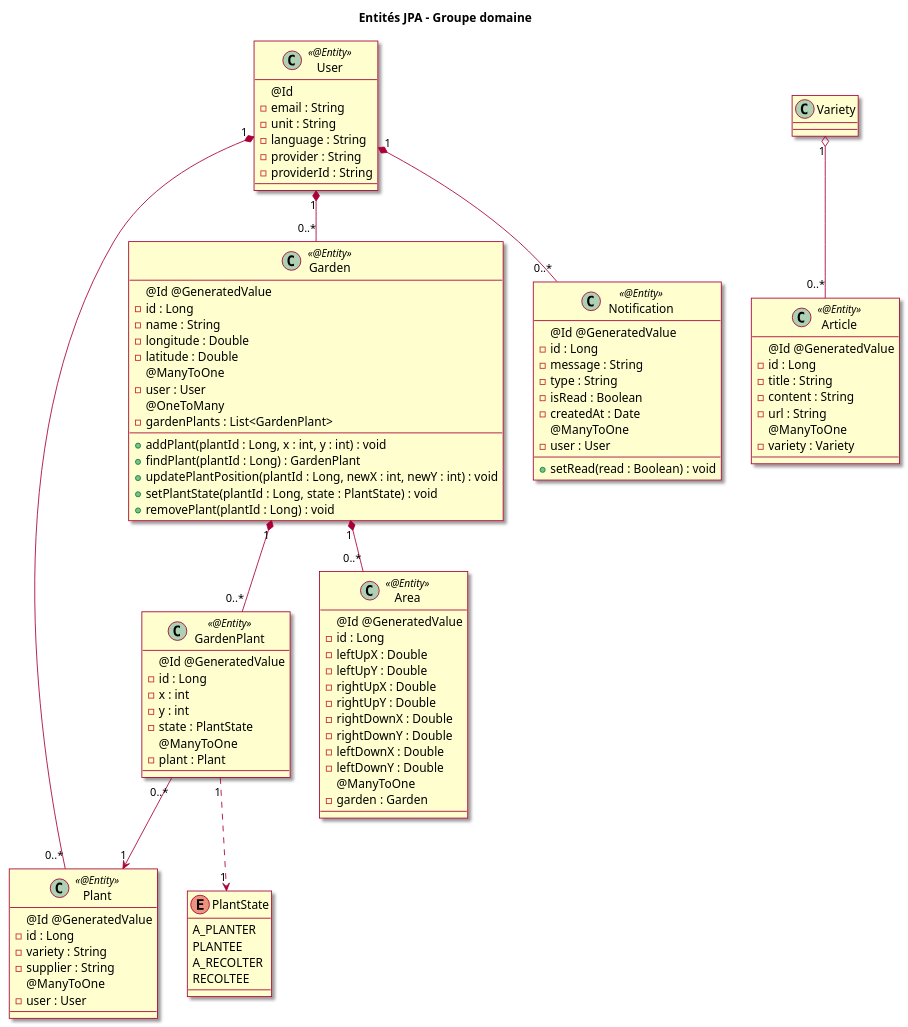
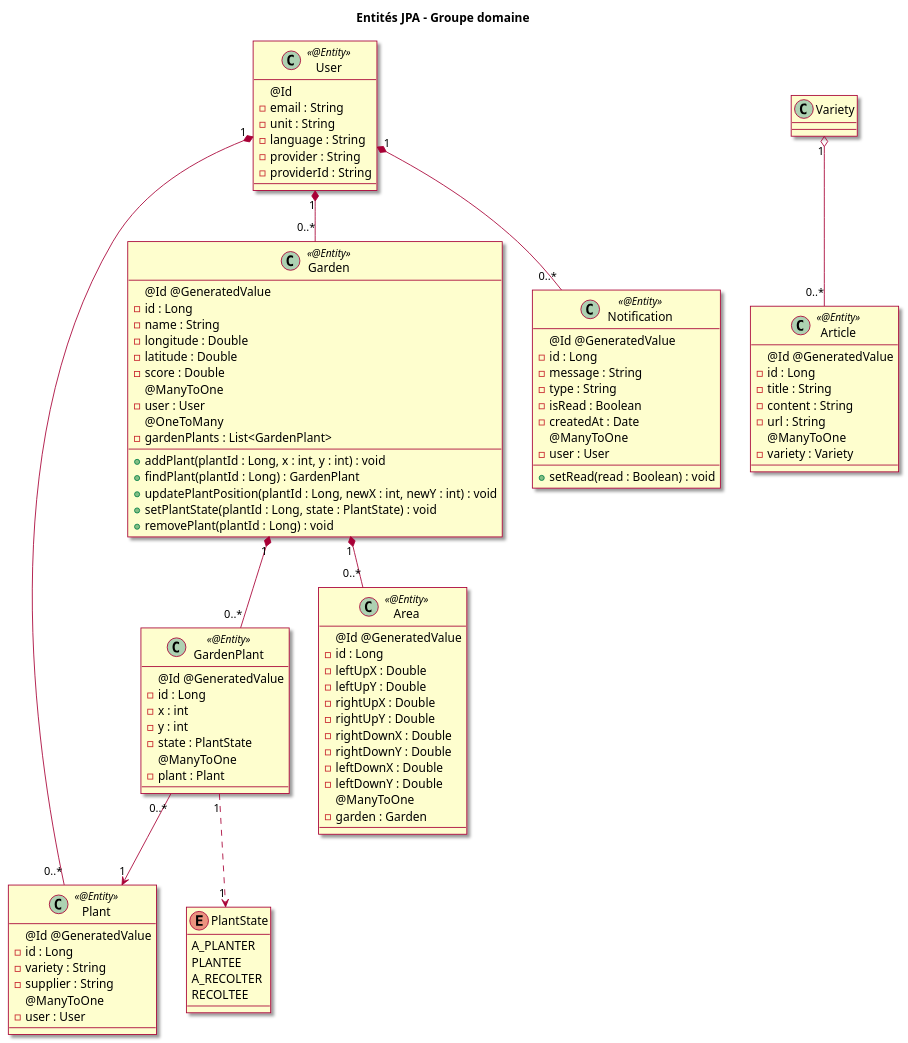
One commit to olivaux/planpotager changed diagram 49 of 52 in specs/03_Conception_V1.0.md. Above: the diagram before and after it, drawn with PlantUML. The commit also changed other lines of this file and 16 other files, not shown here.

```diff
--- a/specs/03_Conception_V1.0.md
+++ b/specs/03_Conception_V1.0.md
@@ -2568,6 +2693,7 @@
   - name : String
   - longitude : Double
   - latitude : Double
+  - score : Double
   @ManyToOne
   - user : User
   @OneToMany
```
